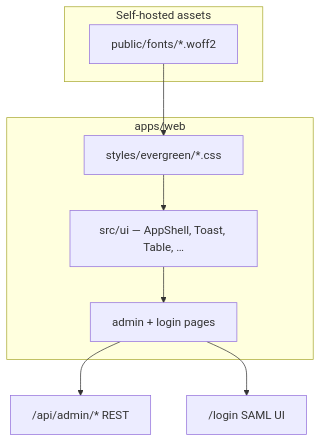
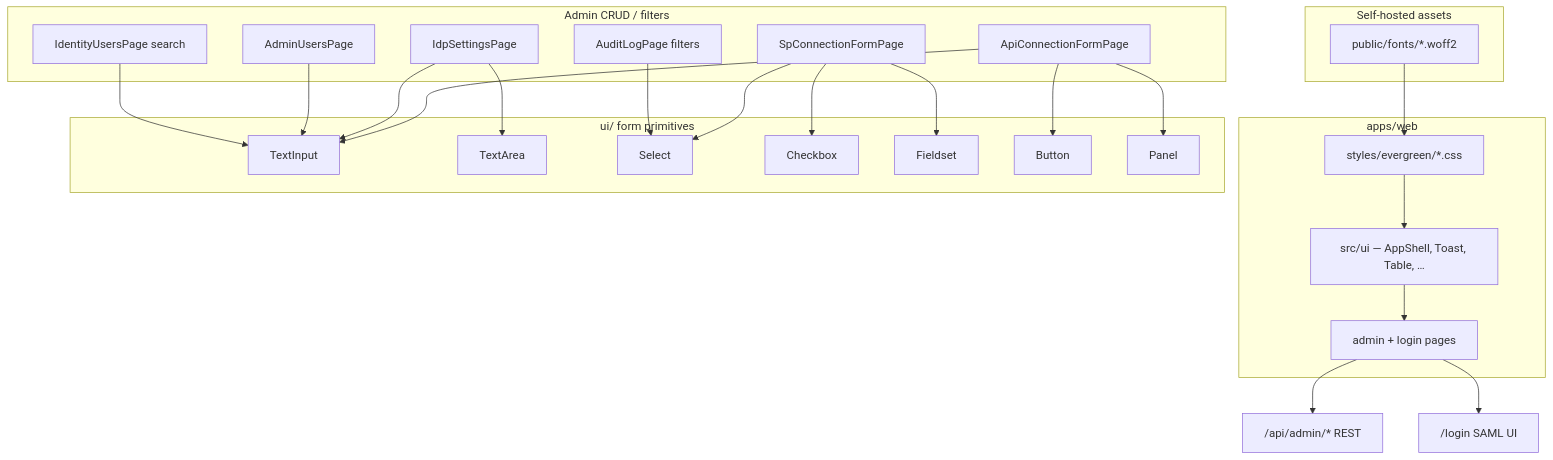
Before and after one commit to 01laky/NestIdP: the diagram in docs/img/evergreen-ui.mmd, drawn with Mermaid. The commit also changed 56 other files, not shown here.

First line of the commit message:
feat(web): Evergreen admin forms and extended edge tests (v1.1.3–1.1.4)

```diff
--- a/docs/img/evergreen-ui.mmd
+++ b/docs/img/evergreen-ui.mmd
@@ -1,14 +1,42 @@
 flowchart TB
 	subgraph web["apps/web"]
 		tokens["styles/evergreen/*.css"]
 		ui["src/ui — AppShell, Toast, Table, …"]
 		pages["admin + login pages"]
 	end
 	subgraph assets["Self-hosted assets"]
 		fonts["public/fonts/*.woff2"]
 	end
+	subgraph forms["Admin CRUD / filters"]
+		apiForm["ApiConnectionFormPage"]
+		spForm["SpConnectionFormPage"]
+		idpForm["IdpSettingsPage"]
+		adminUsers["AdminUsersPage"]
+		auditFilters["AuditLogPage filters"]
+		identitySearch["IdentityUsersPage search"]
+	end
+	subgraph primitives["ui/ form primitives"]
+		ti["TextInput"]
+		ta["TextArea"]
+		sel["Select"]
+		cb["Checkbox"]
+		fs["Fieldset"]
+		btn["Button"]
+		pan["Panel"]
+	end
 	tokens --> ui
 	fonts --> tokens
 	ui --> pages
 	pages --> api["/api/admin/* REST"]
 	pages --> saml["/login SAML UI"]
+	apiForm --> ti
+	apiForm --> btn
+	apiForm --> pan
+	spForm --> fs
+	spForm --> sel
+	spForm --> cb
+	idpForm --> ta
+	idpForm --> ti
+	adminUsers --> ti
+	auditFilters --> sel
+	identitySearch --> ti
```
